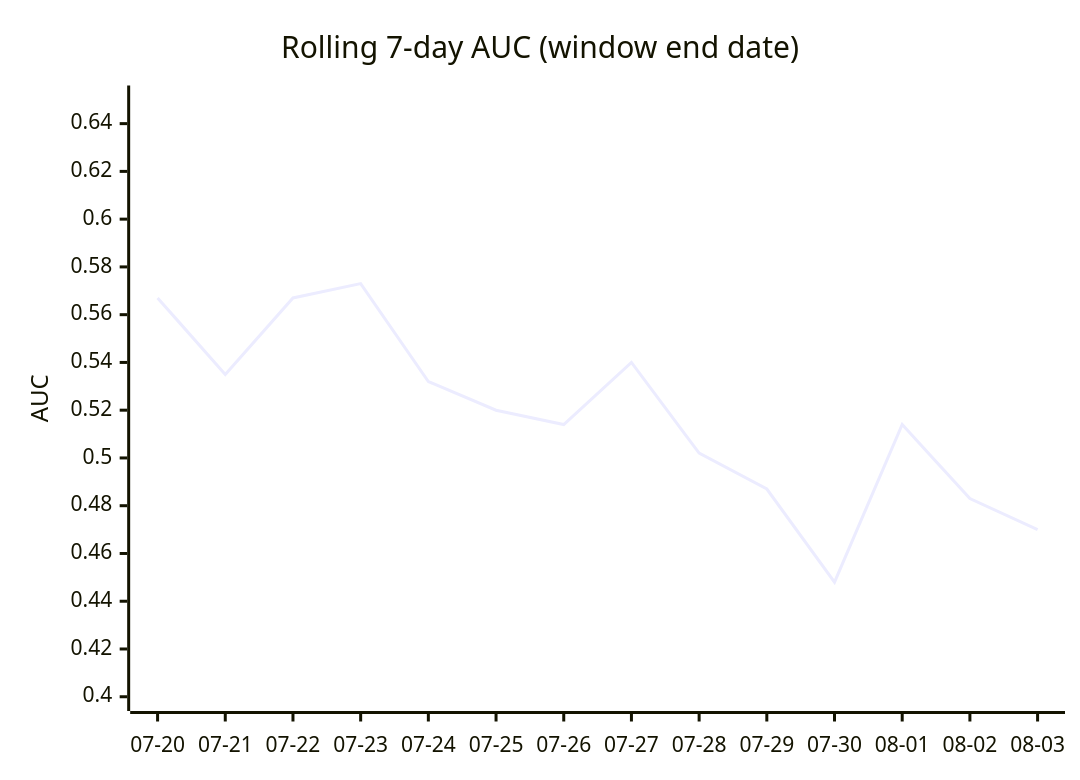
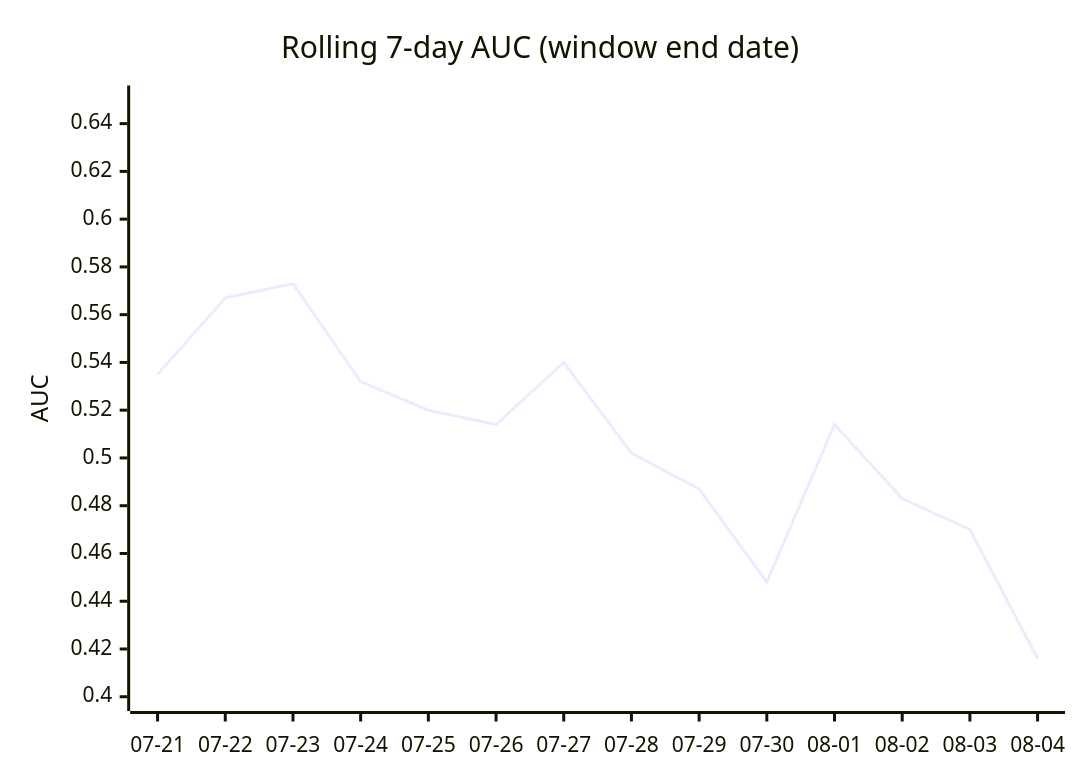
The third of 4 diagrams in DAILY_AGSU_REPORT.md (dpk1212/nhl-savant), drawn with Mermaid before and after one commit. The commit also changed other lines of this file, not shown here.

````diff
--- a/DAILY_AGSU_REPORT.md
+++ b/DAILY_AGSU_REPORT.md
@@ -712,7 +718,7 @@
 ```mermaid
 xychart-beta
     title "Rolling 7-day AUC (window end date)"
-    x-axis ["07-20", "07-21", "07-22", "07-23", "07-24", "07-25", "07-26", "07-27", "07-28", "07-29", "07-30", "08-01", "08-02", "08-03"]
+    x-axis ["07-21", "07-22", "07-23", "07-24", "07-25", "07-26", "07-27", "07-28", "07-29", "07-30", "08-01", "08-02", "08-03", "08-04"]
     y-axis "AUC" 0.4 --> 0.65
-    line [0.567, 0.535, 0.567, 0.573, 0.532, 0.52, 0.514, 0.54, 0.502, 0.487, 0.448, 0.514, 0.483, 0.47]
+    line [0.535, 0.567, 0.573, 0.532, 0.52, 0.514, 0.54, 0.502, 0.487, 0.448, 0.514, 0.483, 0.47, 0.416]
 ```
````
